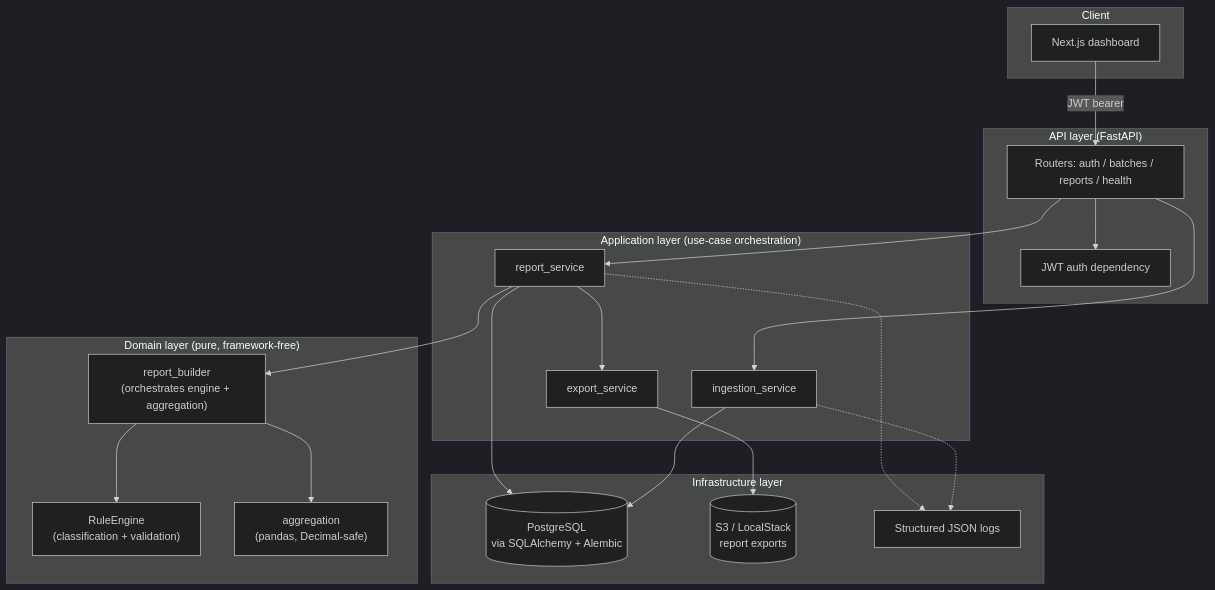
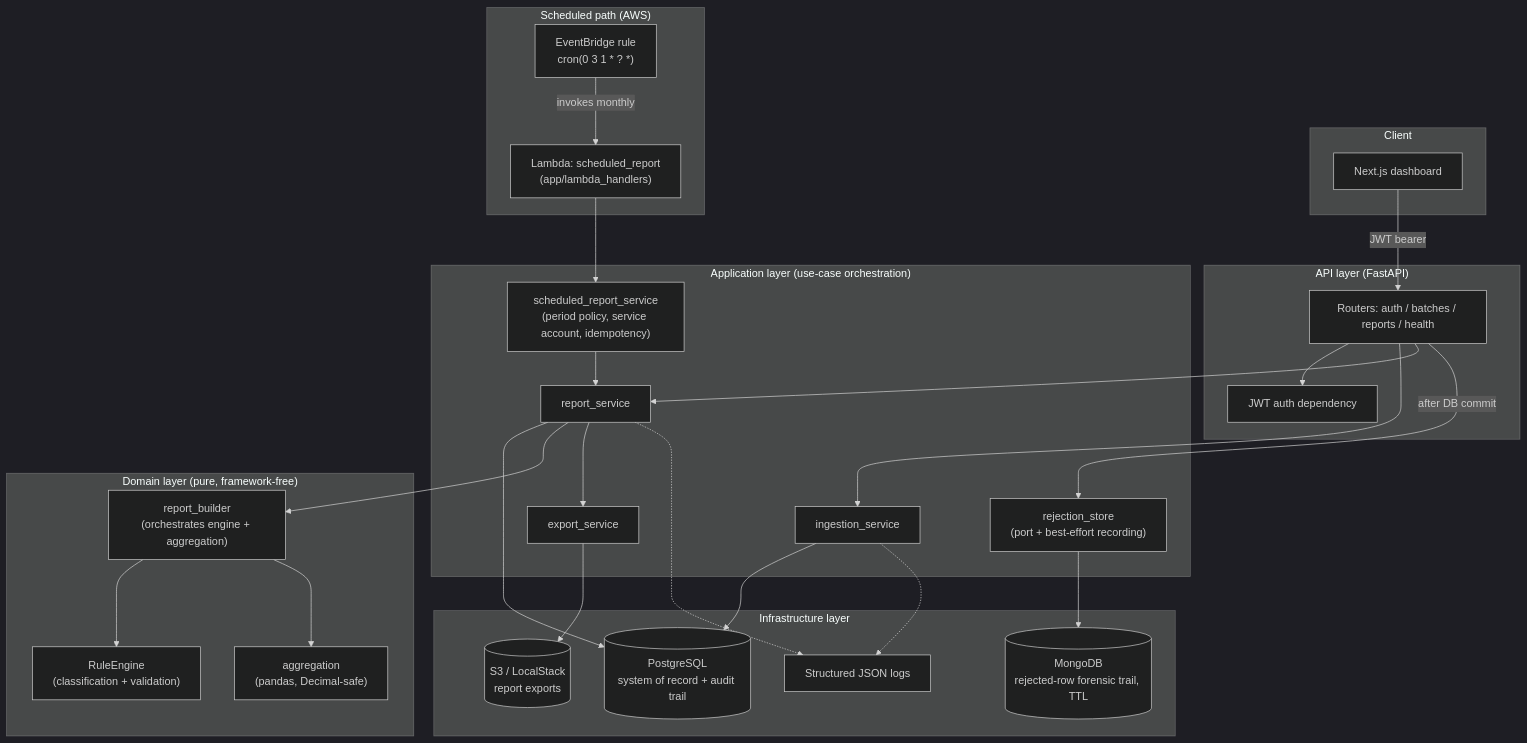
The diagram in README.md (GuiSebax/Compliance-Reporting-Engine), drawn with Mermaid (dark theme) before and after one commit. The commit also changed other lines of this file, not shown here.

Commit message:
docs: document scheduled Lambda, MongoDB trail and technical decisions

````diff
--- a/README.md
+++ b/README.md
@@ -33,43 +35,66 @@
 ```mermaid
 flowchart TB
     subgraph client["Client"]
         FE["Next.js dashboard"]
+    end
+
+    subgraph sched["Scheduled path (AWS)"]
+        EB["EventBridge rule
+cron(0 3 1 * ? *)"]
+        Lambda["Lambda: scheduled_report
+(app/lambda_handlers)"]
     end
 
     subgraph api["API layer (FastAPI)"]
         Routers["Routers: auth / batches / reports / health"]
         Deps["JWT auth dependency"]
     end
 
     subgraph app["Application layer (use-case orchestration)"]
         Ingestion["ingestion_service"]
         ReportSvc["report_service"]
+        ScheduledSvc["scheduled_report_service
+(period policy, service account, idempotency)"]
         ExportSvc["export_service"]
+        RejPort["rejection_store
+(port + best-effort recording)"]
     end
 
     subgraph domain["Domain layer (pure, framework-free)"]
-        Engine["RuleEngine\n(classification + validation)"]
-        Aggregation["aggregation\n(pandas, Decimal-safe)"]
-        Builder["report_builder\n(orchestrates engine + aggregation)"]
+        Engine["RuleEngine
+(classification + validation)"]
+        Aggregation["aggregation
+(pandas, Decimal-safe)"]
+        Builder["report_builder
+(orchestrates engine + aggregation)"]
     end
 
     subgraph infra["Infrastructure layer"]
-        DB[(PostgreSQL\nvia SQLAlchemy + Alembic)]
-        S3[("S3 / LocalStack\nreport exports")]
+        DB[("PostgreSQL
+system of record + audit trail")]
+        Mongo[("MongoDB
+rejected-row forensic trail, TTL")]
+        S3[("S3 / LocalStack
+report exports")]
         Logs["Structured JSON logs"]
     end
 
     FE -->|JWT bearer| Routers
     Routers --> Deps
     Routers --> Ingestion
     Routers --> ReportSvc
+    EB -->|"invokes monthly"| Lambda
+    Lambda --> ScheduledSvc
+    ScheduledSvc --> ReportSvc
     Ingestion --> DB
     ReportSvc --> DB
     ReportSvc --> Builder
     Builder --> Engine
     Builder --> Aggregation
     ReportSvc --> ExportSvc
     ExportSvc --> S3
+    Routers -->|"after DB commit"| RejPort
+    RejPort --> Mongo
     Ingestion -.-> Logs
     ReportSvc -.-> Logs
 ```
````
